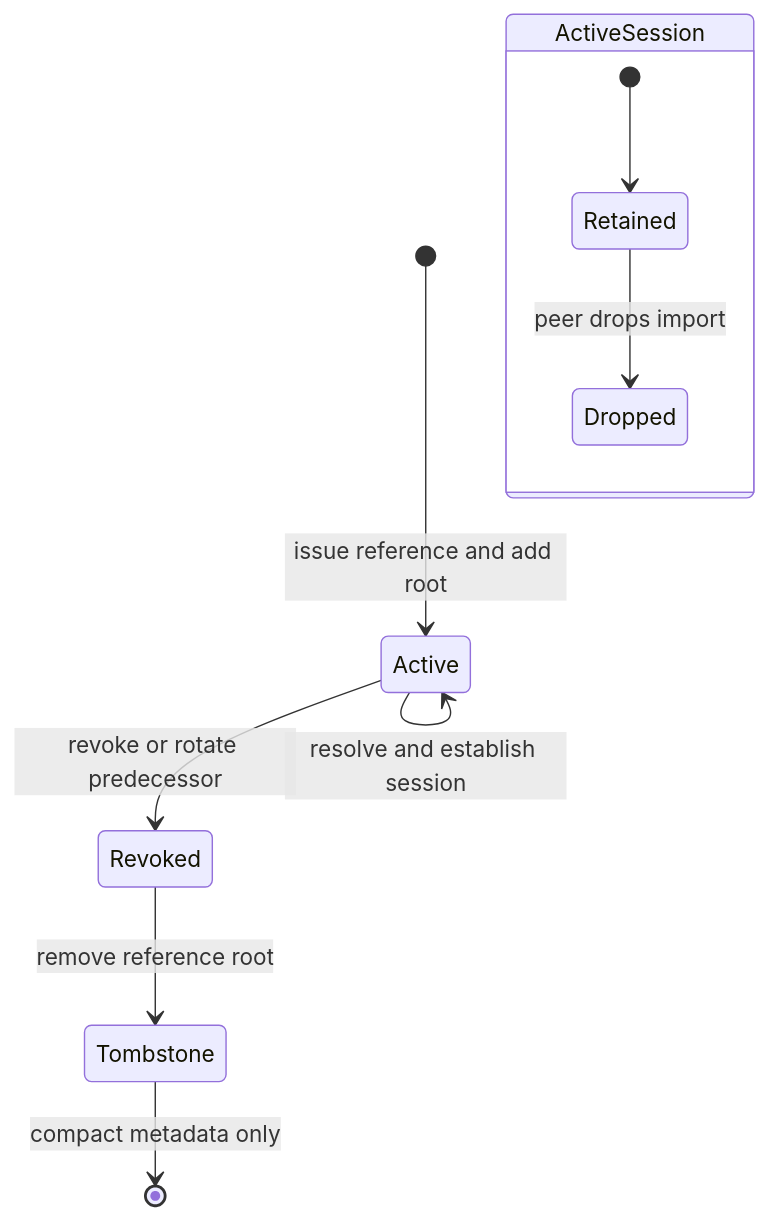
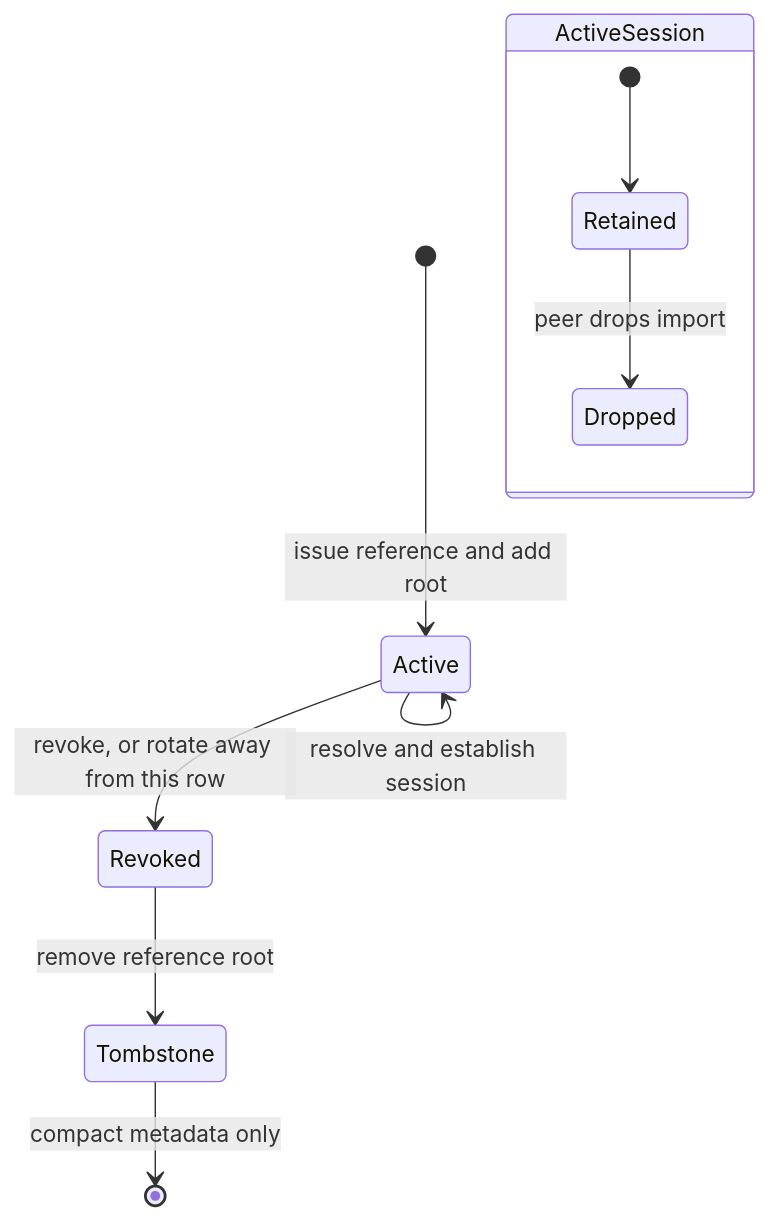
One commit to endojs/endo-but-for-bots changed the third of 3 diagrams in designs/daemon-formula-identifier-indirection.md. Above: the diagram before and after it, drawn with Mermaid. The commit also changed other lines of this file, not shown here.

````diff
--- a/designs/daemon-formula-identifier-indirection.md
+++ b/designs/daemon-formula-identifier-indirection.md
@@ -454,12 +624,12 @@
 ```mermaid
 stateDiagram-v2
     [*] --> Active: issue reference and add root
     Active --> Active: resolve and establish session
-    Active --> Revoked: revoke or rotate predecessor
+    Active --> Revoked: revoke, or rotate away from this row
     Revoked --> Tombstone: remove reference root
     Tombstone --> [*]: compact metadata only
     state ActiveSession {
         [*] --> Retained
         Retained --> Dropped: peer drops import
     }
 ```
````
